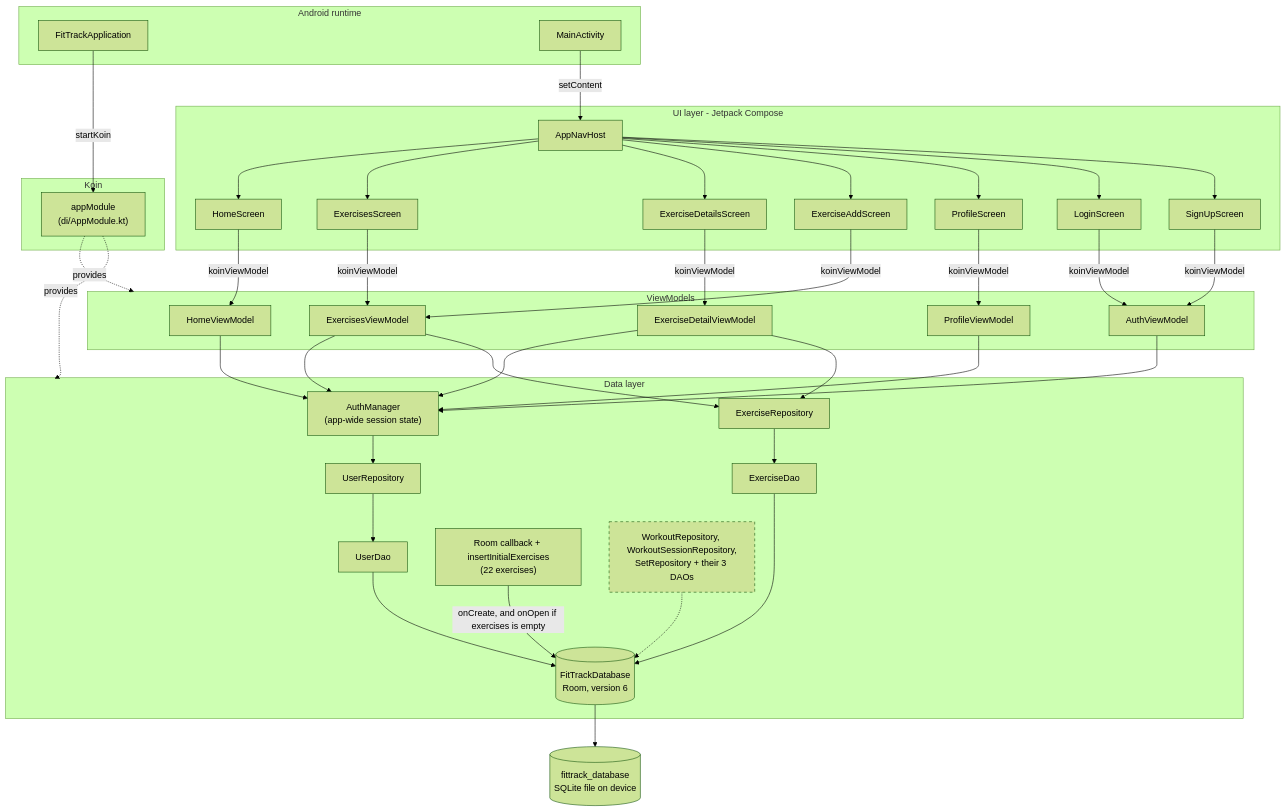
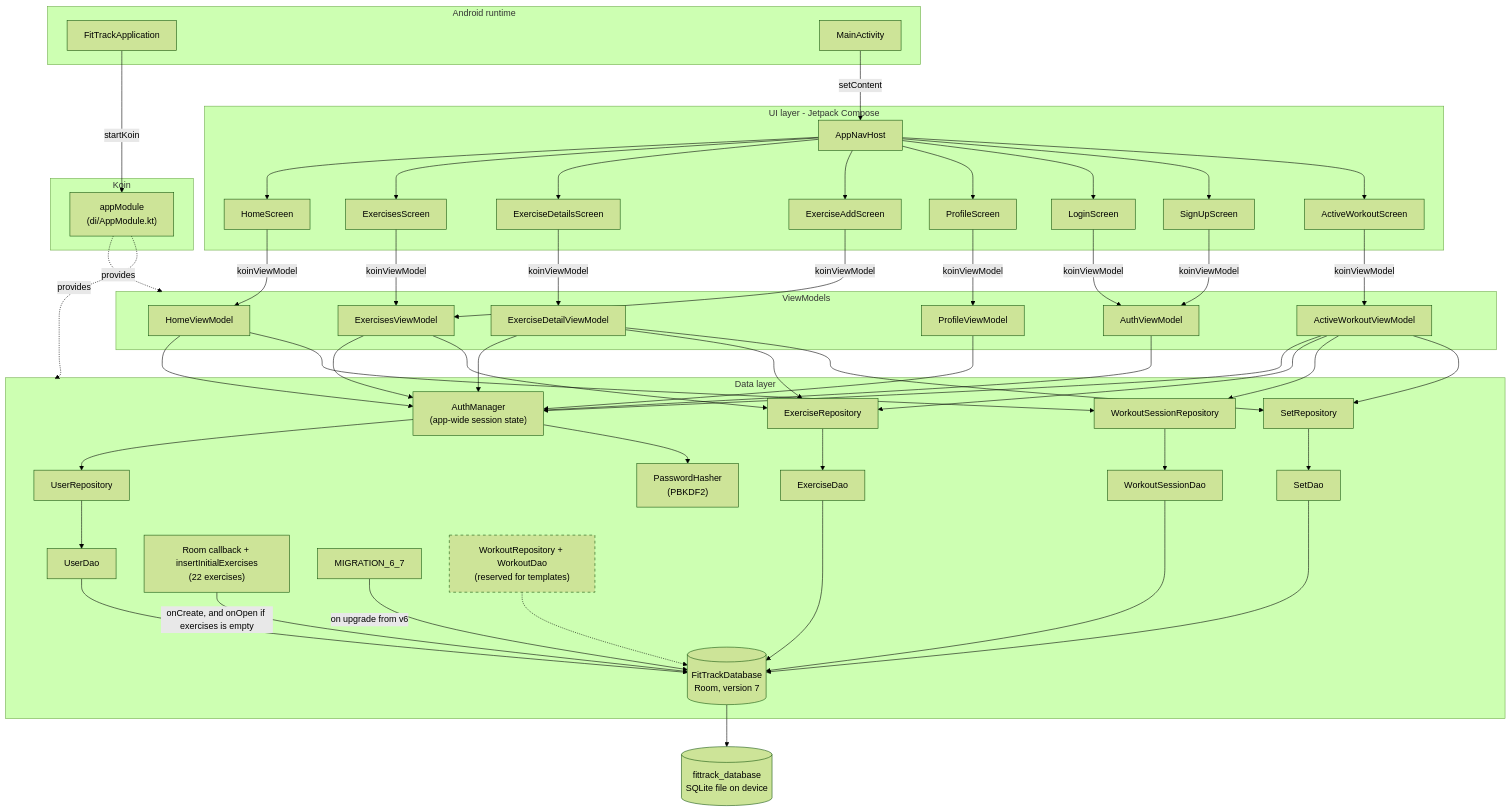
One commit to RicardoGomes07/Fittrack-App-Android changed the first of 6 diagrams in ARCHITECTURE_DIAGRAM.md. Above: the diagram before and after it, drawn with Mermaid (forest theme). The commit also changed other lines of this file and 1 other file, not shown here.

Commit message:
Architecture Documentation updated

```diff
--- a/ARCHITECTURE_DIAGRAM.md
+++ b/ARCHITECTURE_DIAGRAM.md
@@ -34,6 +34,7 @@
         Prof["ProfileScreen"]
         Login["LoginScreen"]
         Sign["SignUpScreen"]
+        Work["ActiveWorkoutScreen"]
     end
 
     subgraph VM["ViewModels"]
@@ -42,17 +43,24 @@
         DVM["ExerciseDetailViewModel"]
         PVM["ProfileViewModel"]
         AVM["AuthViewModel"]
+        WVM["ActiveWorkoutViewModel"]
     end
 
     subgraph Data["Data layer"]
         Auth["AuthManager<br/>(app-wide session state)"]
+        Hasher["PasswordHasher<br/>(PBKDF2)"]
         URepo["UserRepository"]
         ERepo["ExerciseRepository"]
+        SessRepo["WorkoutSessionRepository"]
+        SRepo["SetRepository"]
         UDao["UserDao"]
         EDao["ExerciseDao"]
+        SessDao["WorkoutSessionDao"]
+        SDao["SetDao"]
         Seed["Room callback + insertInitialExercises<br/>(22 exercises)"]
-        Unused["WorkoutRepository, WorkoutSessionRepository,<br/>SetRepository + their 3 DAOs"]
-        DB[("FitTrackDatabase<br/>Room, version 6")]
+        Mig["MIGRATION_6_7"]
+        Unused["WorkoutRepository + WorkoutDao<br/>(reserved for templates)"]
+        DB[("FitTrackDatabase<br/>Room, version 7")]
     end
 
     File[("fittrack_database<br/>SQLite file on device")]
@@ -62,7 +70,7 @@
     Module -.->|"provides"| VM
     Module -.->|"provides"| Data
 
-    Nav --> Home & Ex & Detail & Add & Prof & Login & Sign
+    Nav --> Home & Ex & Detail & Add & Prof & Login & Sign & Work
 
     Home -->|"koinViewModel"| HVM
     Ex -->|"koinViewModel"| EVM
@@ -71,22 +79,35 @@
     Prof -->|"koinViewModel"| PVM
     Login -->|"koinViewModel"| AVM
     Sign -->|"koinViewModel"| AVM
+    Work -->|"koinViewModel"| WVM
 
     HVM --> Auth
+    HVM --> SessRepo
     PVM --> Auth
     AVM --> Auth
     EVM --> Auth
     EVM --> ERepo
     DVM --> Auth
     DVM --> ERepo
+    DVM --> SRepo
+    WVM --> Auth
+    WVM --> ERepo
+    WVM --> SessRepo
+    WVM --> SRepo
 
     Auth --> URepo
+    Auth --> Hasher
     URepo --> UDao
     ERepo --> EDao
+    SessRepo --> SessDao
+    SRepo --> SDao
     UDao --> DB
     EDao --> DB
+    SessDao --> DB
+    SDao --> DB
     Unused -.-> DB
     Seed -->|"onCreate, and onOpen if exercises is empty"| DB
+    Mig -->|"on upgrade from v6"| DB
     DB --> File
 
     classDef unused stroke-dasharray: 5 5
```
